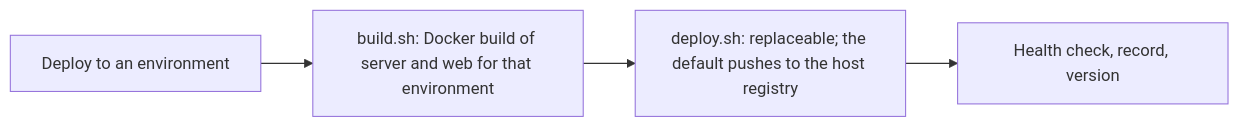
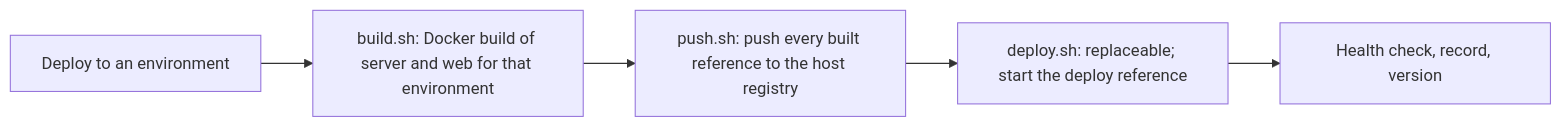
The diagram in todo.md (Pimasi/create-pimasi-app), drawn with Mermaid before and after one commit. The commit also changed other lines of this file and 25 other files, not shown here.

````diff
--- a/todo.md
+++ b/todo.md
@@ -19,6 +19,7 @@
 ```mermaid
 flowchart LR
     Click[Deploy to an environment] --> Build[build.sh: Docker build of server and web for that environment]
-    Build --> Deploy[deploy.sh: replaceable; the default pushes to the host registry]
+    Build --> Push[push.sh: push every built reference to the host registry]
+    Push --> Deploy[deploy.sh: replaceable; start the deploy reference]
     Deploy --> Health[Health check, record, version]
 ```
````
